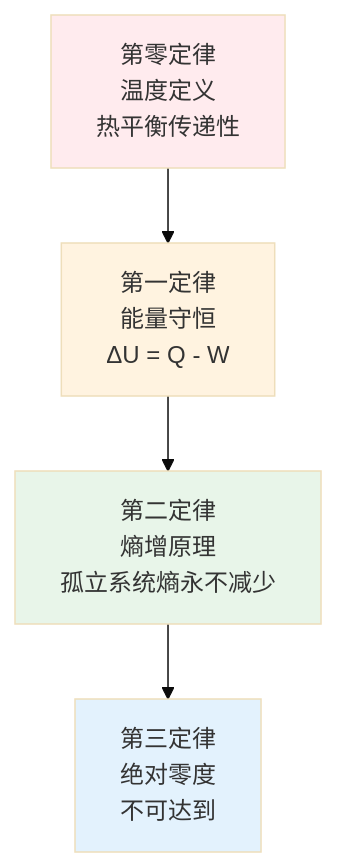
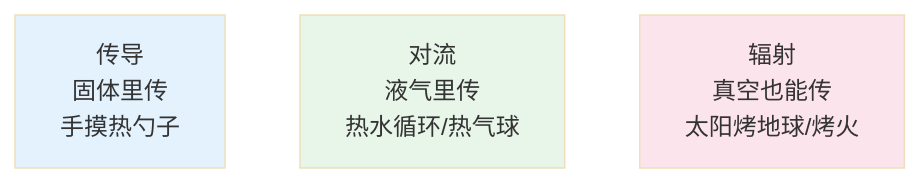
The fifth of 10 diagrams in content/natural-sciences/physics/index.md (wxyClark/wxyClark.github.io), drawn with Mermaid (base theme) before and after one commit. The commit also changed other lines of this file and 11 other files, not shown here.

````diff
--- a/content/natural-sciences/physics/index.md
+++ b/content/natural-sciences/physics/index.md
@@ -118,11 +108,10 @@
 ```mermaid
 flowchart TD
-    Z[第零定律<br/>温度定义<br/>热平衡传递性] --> T1[第一定律<br/>能量守恒<br/>ΔU = Q - W]
-    T1 --> T2[第二定律<br/>熵增原理<br/>孤立系统熵永不减少]
-    T2 --> T3[第三定律<br/>绝对零度<br/>不可达到]
+    T1[传导<br/>固体里传<br/>手摸热勺子] 
+    T2[对流<br/>液气里传<br/>热水循环/热气球] 
+    T3[辐射<br/>真空也能传<br/>太阳烤地球/烤火] 
     
-    style Z fill:#ffebee
-    style T1 fill:#fff3e0
+    style T1 fill:#e3f2fd
     style T2 fill:#e8f5e9
-    style T3 fill:#e3f2fd
+    style T3 fill:#fce4ec
 ```
````
